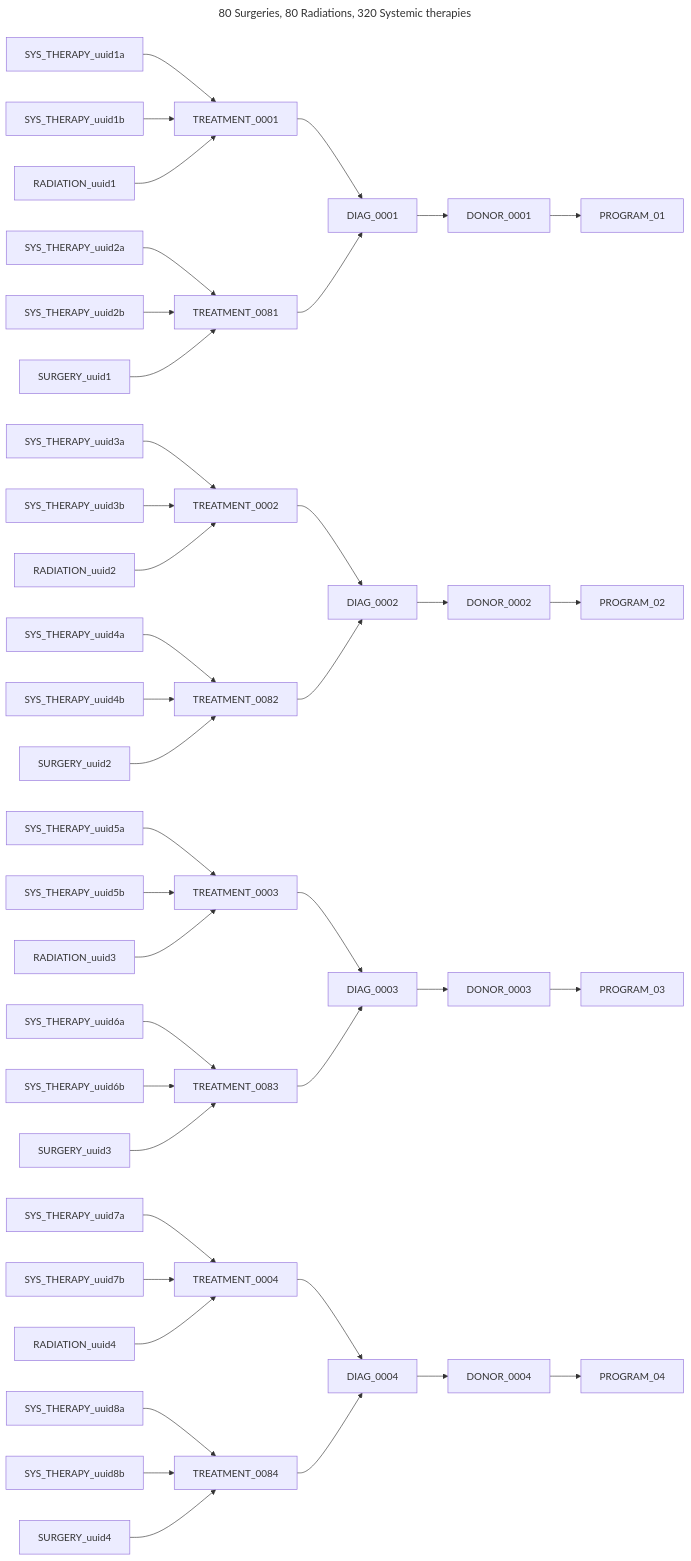
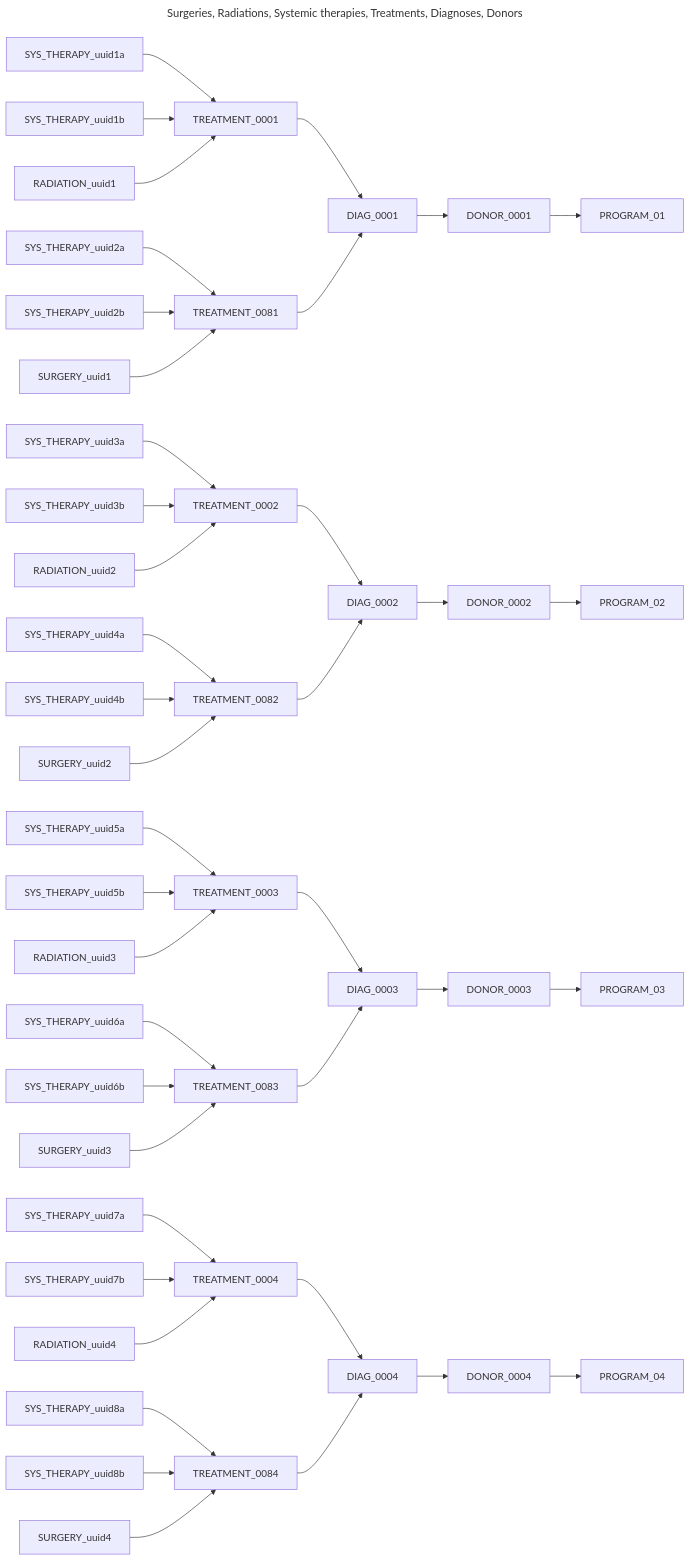
One commit to CanDIG/katsu changed the second of 4 diagrams in chord_metadata_service/mohpackets/data/small_dataset/README.md. Above: the diagram before and after it, drawn with Mermaid. The commit also changed other lines of this file, not shown here.

````diff
--- a/chord_metadata_service/mohpackets/data/small_dataset/README.md
+++ b/chord_metadata_service/mohpackets/data/small_dataset/README.md
@@ -56,42 +56,42 @@
 ```mermaid
 ---
-title: 80 Surgeries, 80 Radiations, 320 Systemic therapies
+title: Surgeries, Radiations, Systemic therapies, Treatments, Diagnoses, Donors
 ---
 graph LR;  
   DIAG_0001 --> DONOR_0001 --> PROGRAM_01;  
   DIAG_0002 --> DONOR_0002 --> PROGRAM_02;  
   DIAG_0003 --> DONOR_0003 --> PROGRAM_03;  
   DIAG_0004 --> DONOR_0004 --> PROGRAM_04;
   TREATMENT_0001 --> DIAG_0001;
   TREATMENT_0081 --> DIAG_0001;  
   TREATMENT_0002 --> DIAG_0002; 
   TREATMENT_0082 --> DIAG_0002;  
   TREATMENT_0003 --> DIAG_0003; 
   TREATMENT_0083 --> DIAG_0003; 
   TREATMENT_0004 --> DIAG_0004; 
   TREATMENT_0084 --> DIAG_0004; 
   SYS_THERAPY_uuid1a --> TREATMENT_0001;
   SYS_THERAPY_uuid1b --> TREATMENT_0001;
   SYS_THERAPY_uuid2a --> TREATMENT_0081;
   SYS_THERAPY_uuid2b --> TREATMENT_0081;  
   SYS_THERAPY_uuid3a --> TREATMENT_0002; 
   SYS_THERAPY_uuid3b --> TREATMENT_0002; 
   SYS_THERAPY_uuid4a --> TREATMENT_0082;  
   SYS_THERAPY_uuid4b --> TREATMENT_0082;  
   SYS_THERAPY_uuid5a --> TREATMENT_0003; 
   SYS_THERAPY_uuid5b --> TREATMENT_0003; 
   SYS_THERAPY_uuid6a --> TREATMENT_0083; 
   SYS_THERAPY_uuid6b --> TREATMENT_0083; 
   SYS_THERAPY_uuid7a --> TREATMENT_0004; 
   SYS_THERAPY_uuid7b --> TREATMENT_0004; 
   SYS_THERAPY_uuid8a --> TREATMENT_0084;
   SYS_THERAPY_uuid8b --> TREATMENT_0084;
   RADIATION_uuid1 --> TREATMENT_0001;
   RADIATION_uuid2 --> TREATMENT_0002; 
   RADIATION_uuid3 --> TREATMENT_0003;  
   RADIATION_uuid4 --> TREATMENT_0004;  
   SURGERY_uuid1 --> TREATMENT_0081;
   SURGERY_uuid2 --> TREATMENT_0082; 
   SURGERY_uuid3 --> TREATMENT_0083;  
   SURGERY_uuid4 --> TREATMENT_0084;  
 ```
````
